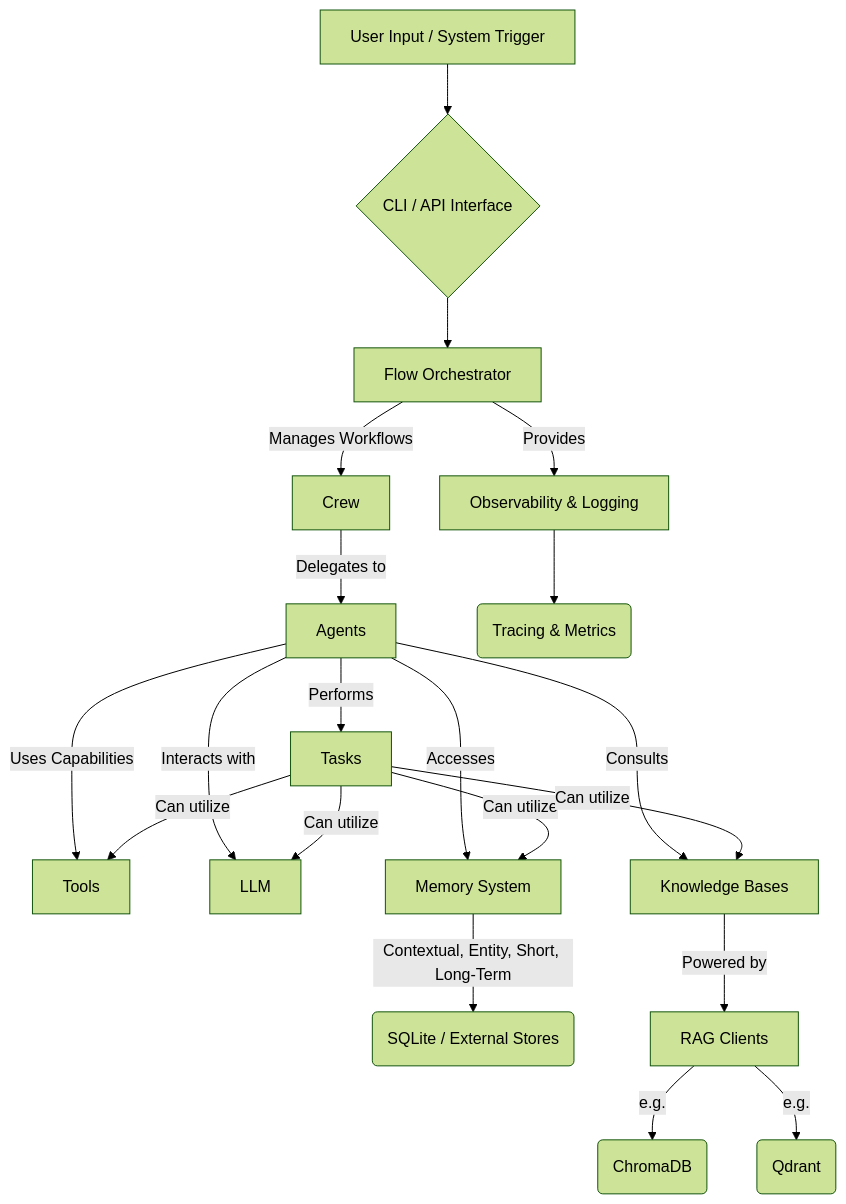
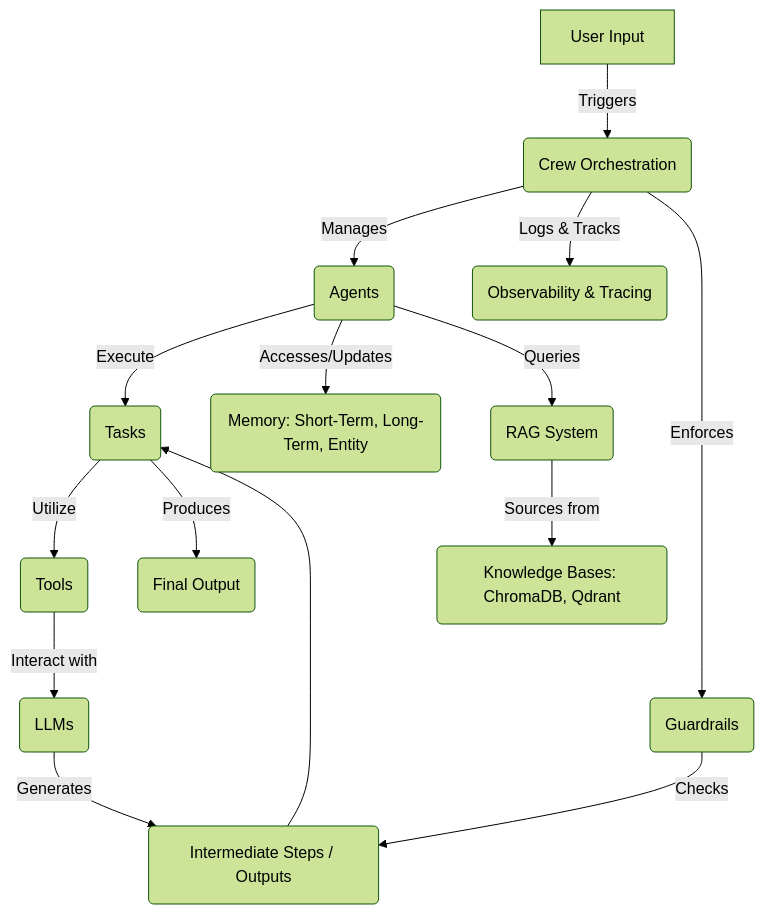
Before and after one commit to grewal16/crewAI: the diagram in README.md, drawn with Mermaid (forest theme). The commit also changed other lines of this file, not shown here.

````diff
--- a/README.md
+++ b/README.md
@@ -46,22 +40,17 @@
 ```mermaid
 graph TD
-    A[User Input / System Trigger] --> B{CLI / API Interface};
-    B --> C[Flow Orchestrator];
-    C -- Manages Workflows --> D[Crew];
-    D -- Delegates to --> E[Agents];
-    E -- Performs --> F[Tasks];
-    E -- Uses Capabilities --> G[Tools];
-    E -- Interacts with --> H[LLM];
-    E -- Accesses --> I[Memory System];
-    I -- Contextual, Entity, Short, Long-Term --> J(SQLite / External Stores);
-    E -- Consults --> K[Knowledge Bases];
-    K -- Powered by --> L[RAG Clients];
-    L -- e.g. --> L1(ChromaDB);
-    L -- e.g. --> L2(Qdrant);
-    F -- Can utilize --> G;
-    F -- Can utilize --> H;
-    F -- Can utilize --> I;
-    F -- Can utilize --> K;
-    C -- Provides --> M[Observability & Logging];
-    M --> N(Tracing & Metrics);
+    A[User Input] -- "Triggers" --> B(Crew Orchestration)
+    B -- "Manages" --> C(Agents)
+    C -- "Execute" --> D(Tasks)
+    D -- "Utilize" --> E(Tools)
+    E -- "Interact with" --> F(LLMs)
+    C -- "Accesses/Updates" --> G(Memory: Short-Term, Long-Term, Entity)
+    C -- "Queries" --> H(RAG System)
+    H -- "Sources from" --> I(Knowledge Bases: ChromaDB, Qdrant)
+    F -- "Generates" --> J(Intermediate Steps / Outputs)
+    J --> D
+    D -- "Produces" --> K(Final Output)
+    B -- "Logs & Tracks" --> L(Observability & Tracing)
+    B -- "Enforces" --> M(Guardrails)
+    M -- "Checks" --> J
 ```
````
